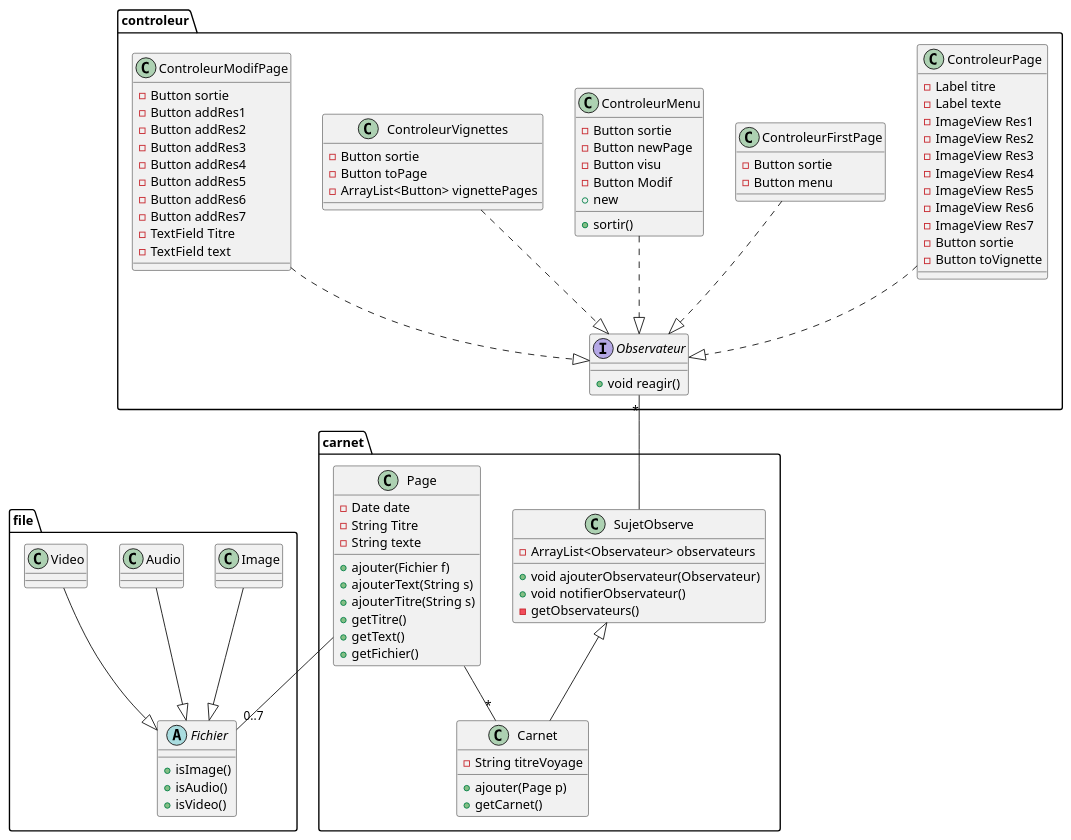
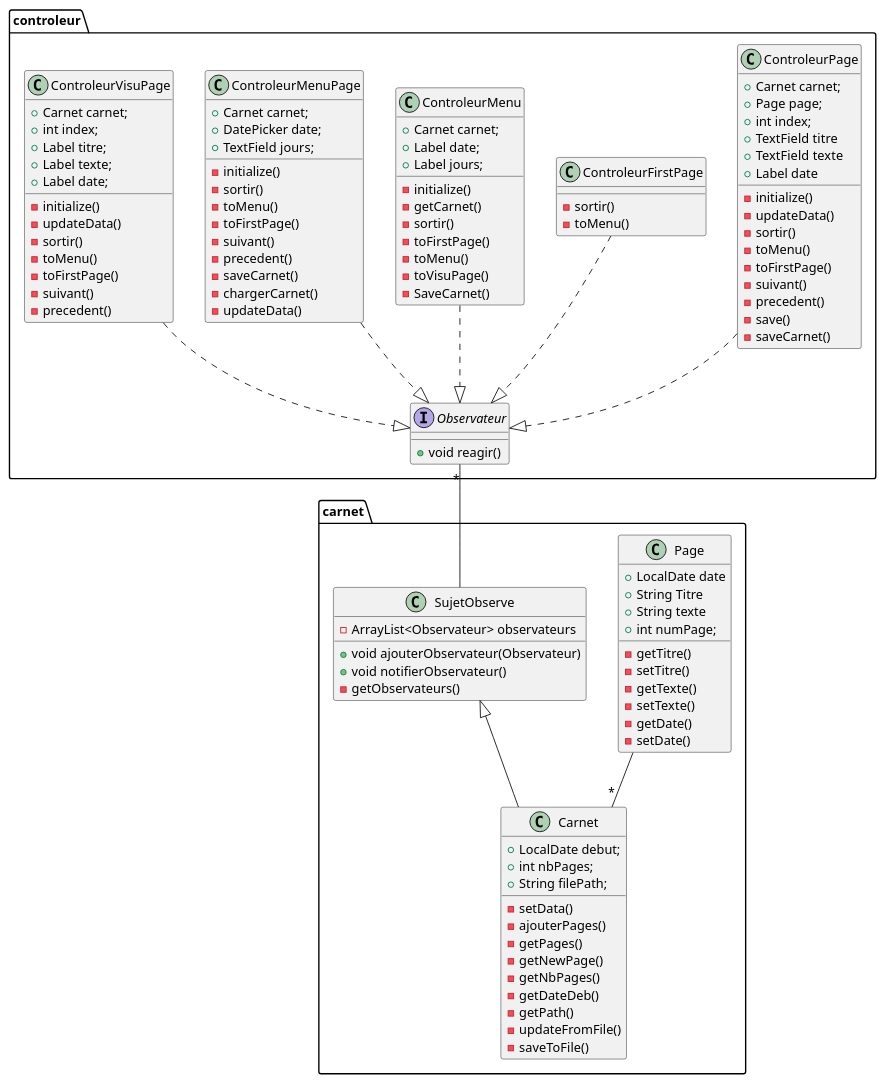
Before and after one commit to EmaLfy/Carnet-de-Voyage: the diagram in ressources/Etude/Carnet.puml, drawn with PlantUML. The commit also changed 1 other file, not shown here.

Commit message:
Diagramme

```diff
--- a/ressources/Etude/Carnet.puml
+++ b/ressources/Etude/Carnet.puml
@@ -1,113 +1,125 @@
 @startuml
-abstract class file.Fichier{
-    + isImage()
-    + isAudio()
-    + isVideo()
-}
-
-class file.Image{
-}
-
-class file.Audio{
-}
-
-class file.Video{
-}
-
-file.Image --|> file.Fichier
-file.Audio --|> file.Fichier
-file.Video --|> file.Fichier
 
 class carnet.Page{
-    - Date date
-    - String Titre
-    - String texte
-    + ajouter(Fichier f)
-    + ajouterText(String s)
-    + ajouterTitre(String s)
-    + getTitre()
-    + getText()
-    + getFichier()
+    + LocalDate date
+    + String Titre
+    + String texte
+    + int numPage;
+    - getTitre()
+    - setTitre()
+    - getTexte()
+    - setTexte()
+    - getDate()
+    - setDate()
 }
 
 class carnet.Carnet{
-    - String titreVoyage
-    + ajouter(Page p)
-    + getCarnet()
+    + LocalDate debut;
+    + int nbPages;
+    + String filePath;
+    -  setData()
+    - ajouterPages()
+    - getPages()
+    - getNewPage()
+    - getNbPages()
+    - getDateDeb()
+    - getPath()
+    - updateFromFile()
+    - saveToFile()
+
 }
 class carnet.SujetObserve{
     - ArrayList<Observateur> observateurs
     + void ajouterObservateur(Observateur)
     + void notifierObservateur()
     - getObservateurs()
 }
 
 
 carnet.Page -- "*"carnet.Carnet
 
 carnet.SujetObserve <|-- carnet.Carnet
 
-carnet.Page  -- "0..7"file.Fichier
 
 
 controleur.Observateur "*" -- carnet.SujetObserve
 controleur.ControleurPage ..|> controleur.Observateur
 controleur.ControleurFirstPage ..|> controleur.Observateur
 controleur.ControleurMenu ..|> controleur.Observateur
-controleur.ControleurVignettes ..|> controleur.Observateur
-controleur.ControleurModifPage ..|> controleur.Observateur
+controleur.ControleurMenuPage ..|> controleur.Observateur
+controleur.ControleurVisuPage ..|> controleur.Observateur
 
 
 class controleur.ControleurFirstPage{
-    - Button sortie
-    - Button menu
+    - sortir()
+    - toMenu()
 }
 
 class controleur.ControleurMenu{
-    - Button sortie
-    - Button newPage
-    - Button visu
-    - Button Modif
-    + sortir()
-    + new
+    + Carnet carnet;
+    + Label date;
+    + Label jours;
+    - initialize()
+    - getCarnet()
+    - sortir()
+    - toFirstPage()
+    - toMenu()
+    - toVisuPage()
+    - SaveCarnet()
 }
 
-class controleur.ControleurModifPage{
-    - Button sortie
-    - Button addRes1
-    - Button addRes2
-    - Button addRes3
-    - Button addRes4
-    - Button addRes5
-    - Button addRes6
-    - Button addRes7
-    - TextField Titre
-    - TextField text
+class controleur.ControleurMenuPage{
+    + Carnet carnet;
+    + DatePicker date;
+    + TextField jours;
+    - initialize()
+    - sortir()
+    - toMenu()
+    - toFirstPage()
+    - suivant()
+    - precedent()
+    - saveCarnet()
+    - chargerCarnet()
+    - updateData()
 }
 
-class controleur.ControleurVignettes{
-    - Button sortie
-    - Button toPage
-    - ArrayList<Button> vignettePages
+class controleur.ControleurVisuPage{
+    + Carnet carnet;
+    + int index;
+    + Label titre;
+    + Label texte;
+    + Label date;
+    - initialize()
+    - updateData()
+    - sortir()
+    - toMenu()
+    - toFirstPage()
+    - suivant()
+    - precedent()
 }
 
+
 class controleur.ControleurPage{
-    - Label titre
-    - Label texte
-    - ImageView Res1
-    - ImageView Res2
-    - ImageView Res3
-    - ImageView Res4
-    - ImageView Res5
-    - ImageView Res6
-    - ImageView Res7
-    - Button sortie
-    - Button toVignette
+    + Carnet carnet;
+    + Page page;
+    + int index;
+    + TextField titre
+    + TextField texte
+    + Label date
+    - initialize()
+    - updateData()
+    - sortir()
+    - toMenu()
+    - toFirstPage()
+    - suivant()
+    - precedent()
+    - save()
+    - saveCarnet()
 }
 
 interface controleur.Observateur{
     + void reagir()
 }
 
 
 @enduml
```
